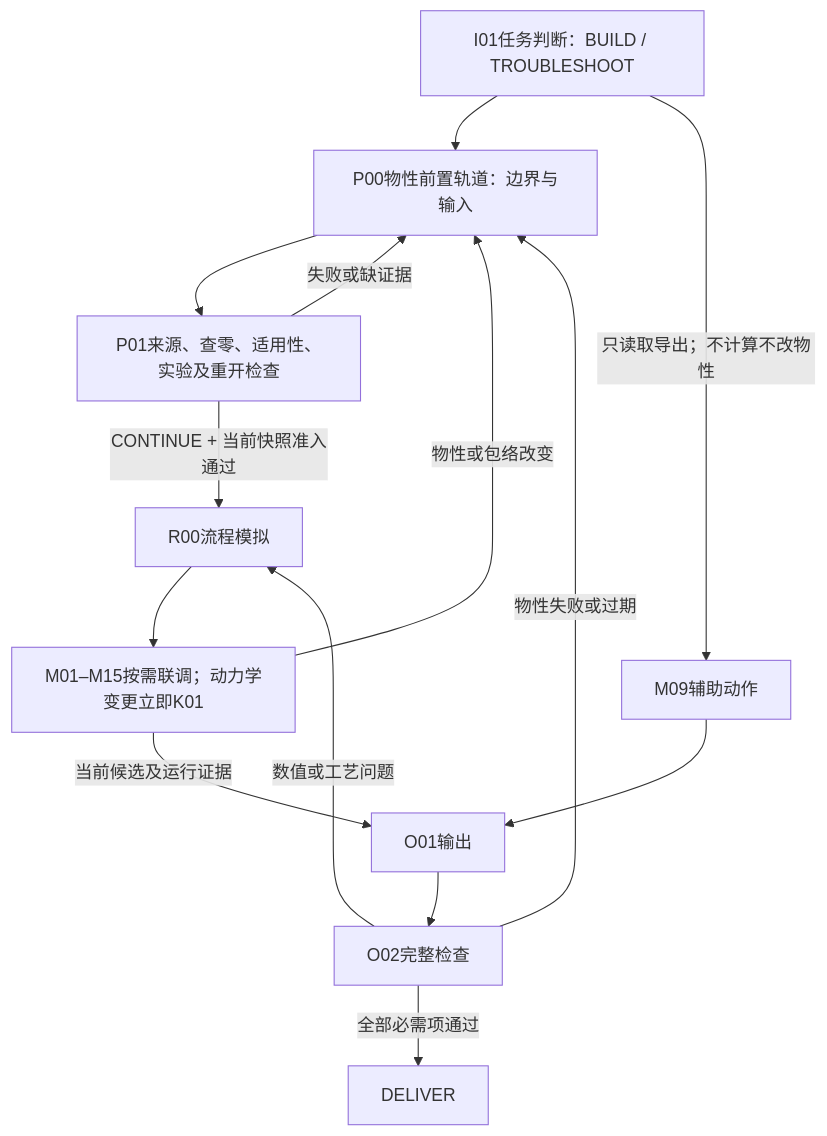
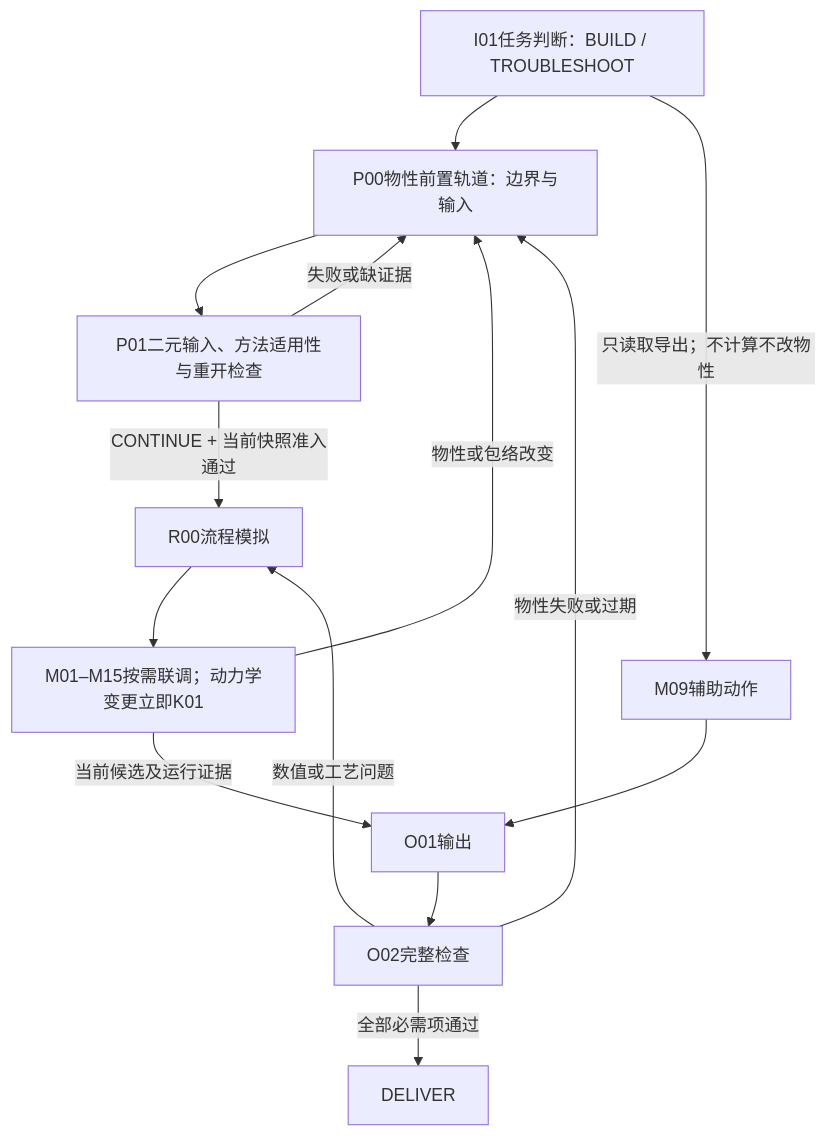
One commit to luxiaoguo0225/SYUCT-GuoJiaXing-Automated-ASPEN-PLUS-skill changed the diagram in SKILL.md. Above: the diagram before and after it, drawn with Mermaid. The commit also changed other lines of this file and 20 other files, not shown here.

````diff
--- a/SKILL.md
+++ b/SKILL.md
@@ -11,16 +11,16 @@
 ```mermaid
 flowchart TD
   I[I01任务判断：BUILD / TROUBLESHOOT] --> P[P00物性前置轨道：边界与输入]
-  P --> PC[P01来源、查零、适用性、实验及重开检查]
+  P --> PC[P01二元输入、方法适用性与重开检查]
   PC -->|失败或缺证据| P
   PC -->|CONTINUE + 当前快照准入通过| R[R00流程模拟]
   R --> B[M01–M15按需联调；动力学变更立即K01]
   B -->|物性或包络改变| P
   B -->|当前候选及运行证据| O[O01输出]
   O --> C[O02完整检查]
   C -->|物性失败或过期| P
   C -->|数值或工艺问题| R
   C -->|全部必需项通过| D[DELIVER]
   I -->|只读取导出；不计算不改物性| A[M09辅助动作]
   A --> O
 ```
````
